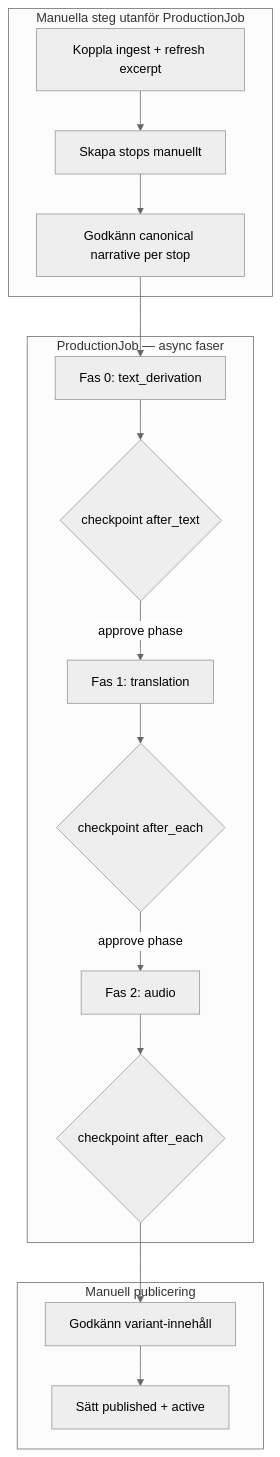
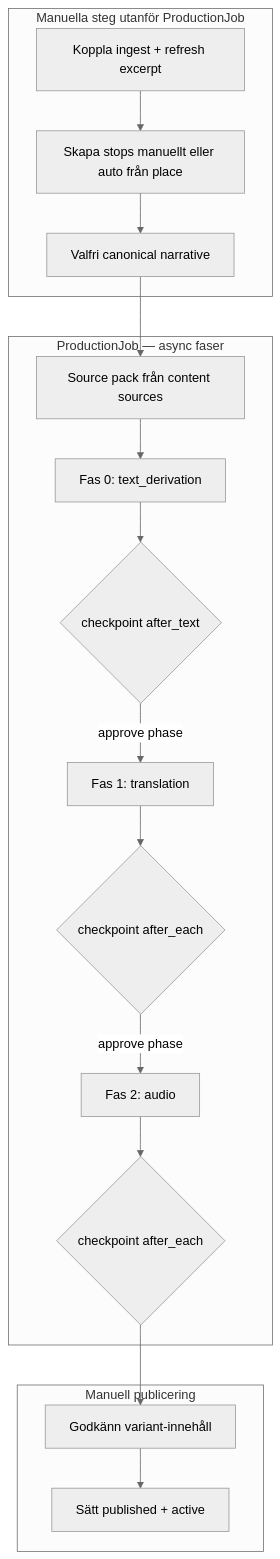
The second of 7 diagrams in docs/ai/adr/CONTENT_PRODUCTION_PIPELINE_V2.md (cyanostudios/homebase), drawn with Mermaid (neutral theme) before and after one commit. The commit also changed other lines of this file and 110 other files, not shown here.

First line of the commit message:
feat(guides): one presentation per place without stops or length variants

````diff
--- a/docs/ai/adr/CONTENT_PRODUCTION_PIPELINE_V2.md
+++ b/docs/ai/adr/CONTENT_PRODUCTION_PIPELINE_V2.md
@@ -170,31 +177,33 @@
 ```mermaid
 flowchart TD
     subgraph manual [Manuella steg utanför ProductionJob]
         Ingest[Koppla ingest + refresh excerpt]
-        CreateStops[Skapa stops manuellt]
-        ApproveNarrative[Godkänn canonical narrative per stop]
+        CreateStops[Skapa stops manuellt eller auto från place]
+        OptionalNarrative[Valfri canonical narrative]
     end
 
     subgraph job [ProductionJob — async faser]
+        Research[Source pack från content sources]
         Phase0[Fas 0: text_derivation]
         HITL0{checkpoint after_text}
         Phase1[Fas 1: translation]
         HITL1{checkpoint after_each}
         Phase2[Fas 2: audio]
         HITL2{checkpoint after_each}
     end
 
     subgraph publish [Manuell publicering]
         ApproveContent[Godkänn variant-innehåll]
         Publish[Sätt published + active]
     end
 
-    Ingest --> CreateStops --> ApproveNarrative
-    ApproveNarrative --> Phase0
+    Ingest --> CreateStops --> OptionalNarrative
+    OptionalNarrative --> Research
+    Research --> Phase0
     Phase0 --> HITL0
     HITL0 -->|approve phase| Phase1
     Phase1 --> HITL1
     HITL1 -->|approve phase| Phase2
     Phase2 --> HITL2
     HITL2 --> ApproveContent --> Publish
 ```
````
